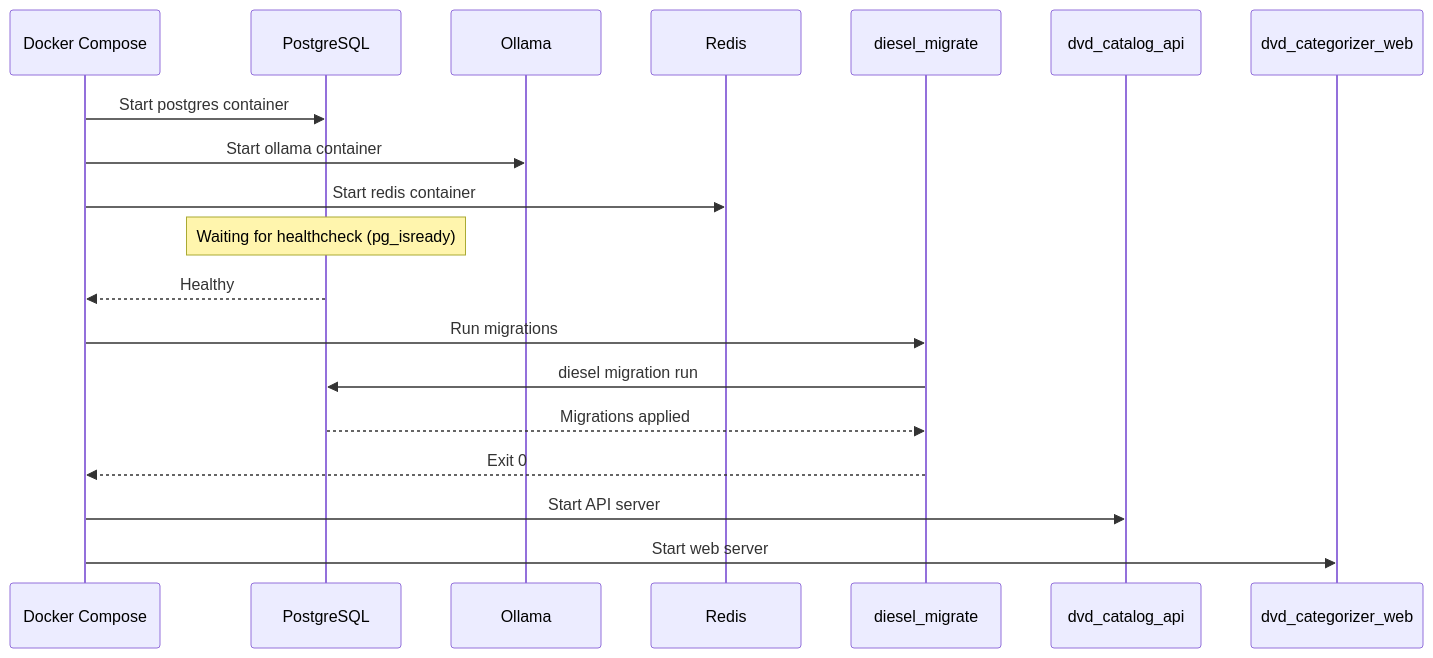
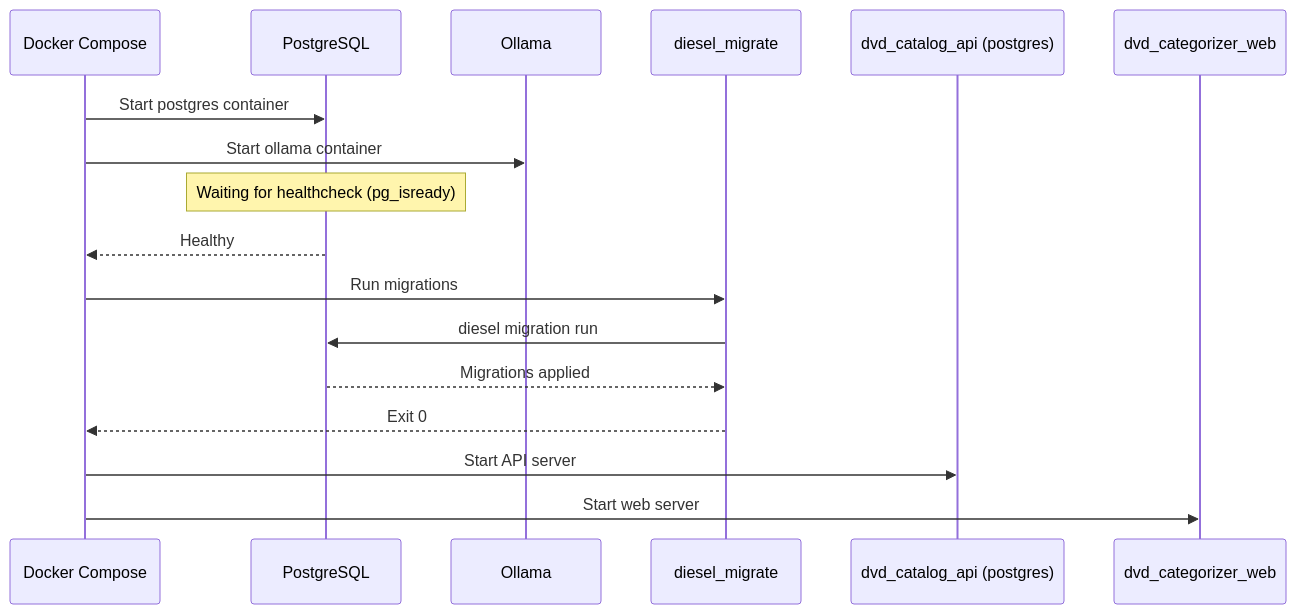
One commit to 1x2kb/dvd_categorize changed the first of 5 diagrams in Documentation/Diagrams/APPLICATION_STARTUP.md. Above: the diagram before and after it, drawn with Mermaid. The commit also changed other lines of this file and 9 other files, not shown here.

````diff
--- a/Documentation/Diagrams/APPLICATION_STARTUP.md
+++ b/Documentation/Diagrams/APPLICATION_STARTUP.md
@@ -7,26 +11,24 @@
 ```mermaid
 sequenceDiagram
     participant DC as Docker Compose
     participant PG as PostgreSQL
     participant Ollama as Ollama
-    participant Redis as Redis
     participant Diesel as diesel_migrate
-    participant API as dvd_catalog_api
+    participant API as dvd_catalog_api (postgres)
     participant Web as dvd_categorizer_web
 
     DC->>PG: Start postgres container
     DC->>Ollama: Start ollama container
-    DC->>Redis: Start redis container
 
     Note over PG: Waiting for healthcheck (pg_isready)
 
     PG-->>DC: Healthy
 
     DC->>Diesel: Run migrations
     Diesel->>PG: diesel migration run
     PG-->>Diesel: Migrations applied
     Diesel-->>DC: Exit 0
 
     DC->>API: Start API server
     DC->>Web: Start web server
 ```
````
